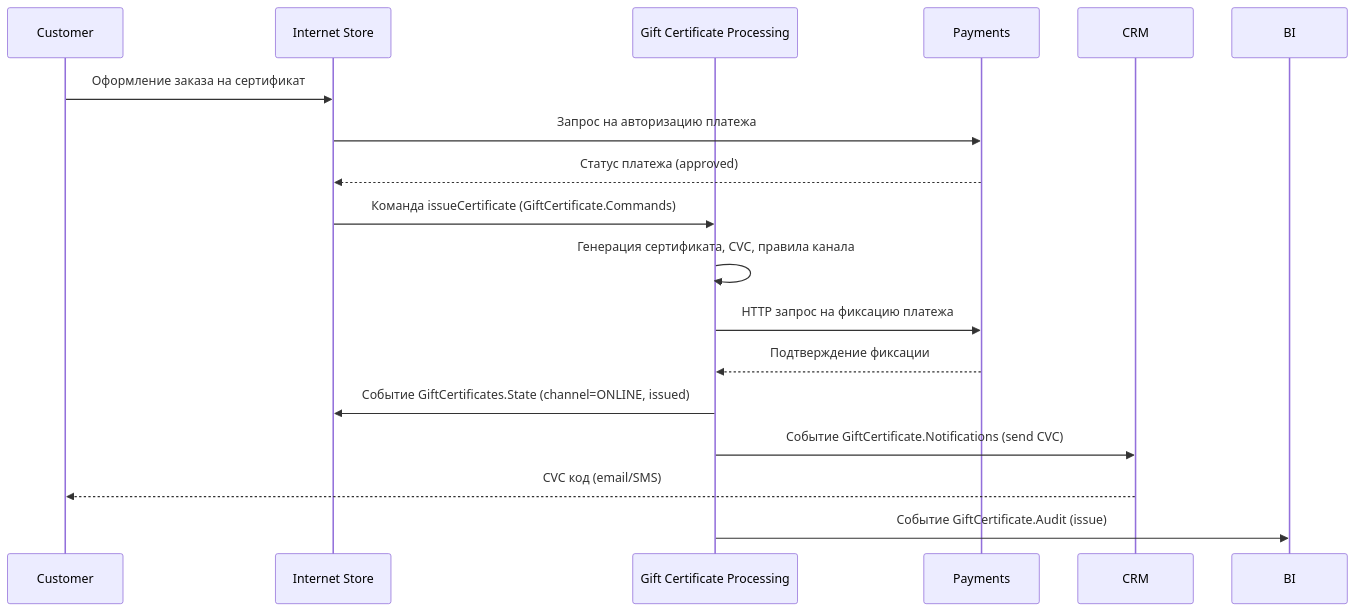
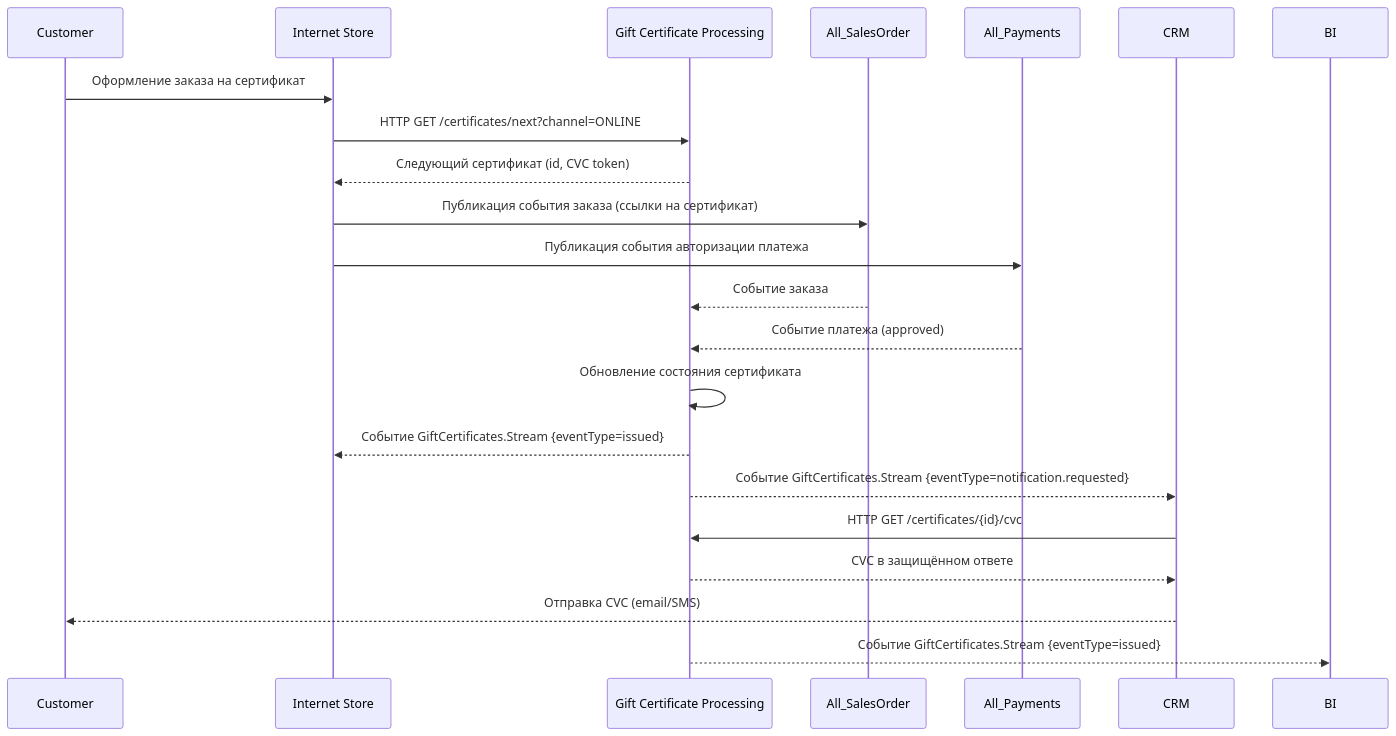
One commit to dobryakov/gift-certs-example2 changed the diagram in specs/diagrams/sequence-purchase.mmd. Above: the diagram before and after it, drawn with Mermaid. The commit also changed 16 other files, not shown here.

```diff
--- a/specs/diagrams/sequence-purchase.mmd
+++ b/specs/diagrams/sequence-purchase.mmd
@@ -1,20 +1,24 @@
 %% Mermaid sequence diagram: покупка подарочного сертификата в онлайн-канале
 sequenceDiagram
     participant Customer
     participant IM as Internet Store
     participant GCP as Gift Certificate Processing
-    participant PAY as Payments
+    participant Orders as All_SalesOrder
+    participant Payments as All_Payments
     participant CRM
     participant BI
 
     Customer->>IM: Оформление заказа на сертификат
-    IM->>PAY: Запрос на авторизацию платежа
-    PAY-->>IM: Статус платежа (approved)
-    IM->>GCP: Команда issueCertificate (GiftCertificate.Commands)
-    GCP->>GCP: Генерация сертификата, CVC, правила канала
-    GCP->>PAY: HTTP запрос на фиксацию платежа
-    PAY-->>GCP: Подтверждение фиксации
-    GCP->>IM: Событие GiftCertificates.State (channel=ONLINE, issued)
-    GCP->>CRM: Событие GiftCertificate.Notifications (send CVC)
-    CRM-->>Customer: CVC код (email/SMS)
-    GCP->>BI: Событие GiftCertificate.Audit (issue)
+    IM->>GCP: HTTP GET /certificates/next?channel=ONLINE
+    GCP-->>IM: Следующий сертификат (id, CVC token)
+    IM->>Orders: Публикация события заказа (ссылки на сертификат)
+    IM->>Payments: Публикация события авторизации платежа
+    Orders-->>GCP: Событие заказа
+    Payments-->>GCP: Событие платежа (approved)
+    GCP->>GCP: Обновление состояния сертификата
+    GCP-->>IM: Событие GiftCertificates.Stream {eventType=issued}
+    GCP-->>CRM: Событие GiftCertificates.Stream {eventType=notification.requested}
+    CRM->>GCP: HTTP GET /certificates/{id}/cvc
+    GCP-->>CRM: CVC в защищённом ответе
+    CRM-->>Customer: Отправка CVC (email/SMS)
+    GCP-->>BI: Событие GiftCertificates.Stream {eventType=issued}
```
